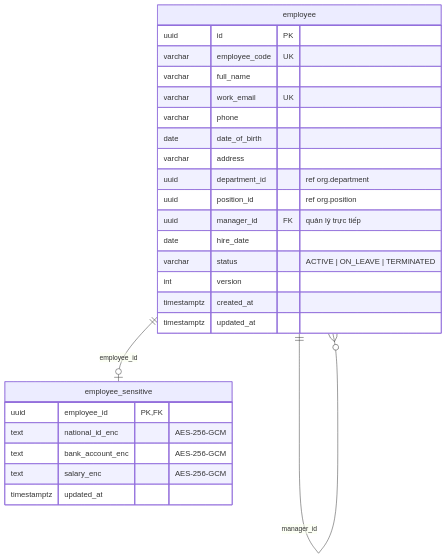
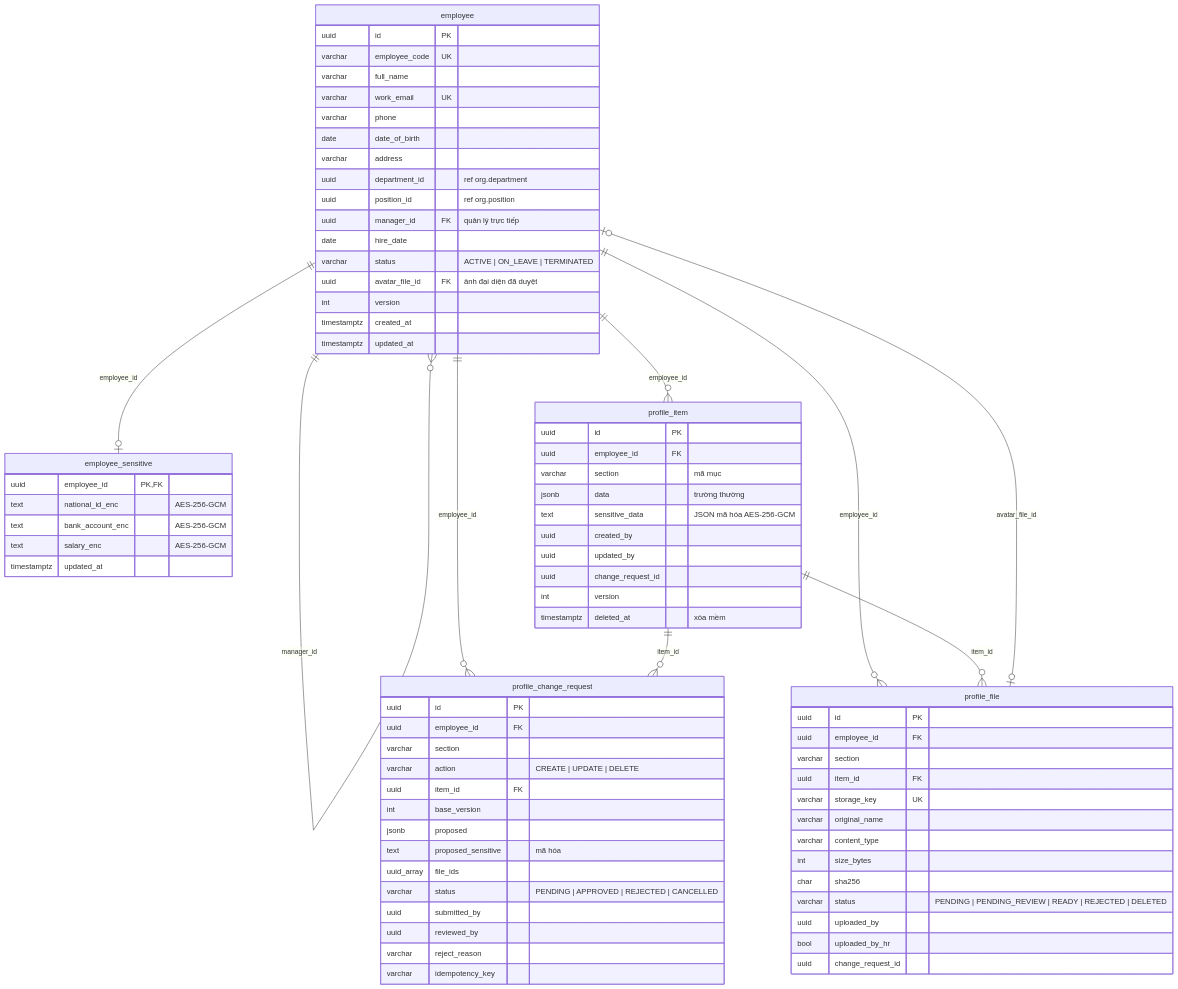
Before and after one commit to Acerchicken/HR-Enterprise-Platform: the fourth of 7 diagrams in docs/architecture/database-schema.md, drawn with Mermaid. The commit also changed other lines of this file and 4 other files, not shown here.

First line of the commit message:
docs(architecture): cập nhật SAD, database schema, hợp đồng event, ma trận phân quyền theo UC1 đã merge

````diff
--- a/docs/architecture/database-schema.md
+++ b/docs/architecture/database-schema.md
@@ -177,29 +197,79 @@
 ```mermaid
 erDiagram
   employee ||--o{ employee : "manager_id"
   employee ||--o| employee_sensitive : "employee_id"
+  employee ||--o{ profile_item : "employee_id"
+  employee ||--o{ profile_change_request : "employee_id"
+  employee ||--o{ profile_file : "employee_id"
+  profile_item ||--o{ profile_change_request : "item_id"
+  profile_item ||--o{ profile_file : "item_id"
+  profile_file |o--o| employee : "avatar_file_id"
   employee {
     uuid id PK
     varchar employee_code UK
     varchar full_name
     varchar work_email UK
     varchar phone
     date date_of_birth
     varchar address
     uuid department_id "ref org.department"
     uuid position_id "ref org.position"
     uuid manager_id FK "quản lý trực tiếp"
     date hire_date
     varchar status "ACTIVE | ON_LEAVE | TERMINATED"
+    uuid avatar_file_id FK "ảnh đại diện đã duyệt"
     int version
     timestamptz created_at
     timestamptz updated_at
   }
   employee_sensitive {
     uuid employee_id PK,FK
     text national_id_enc "AES-256-GCM"
     text bank_account_enc "AES-256-GCM"
     text salary_enc "AES-256-GCM"
     timestamptz updated_at
   }
+  profile_item {
+    uuid id PK
+    uuid employee_id FK
+    varchar section "mã mục"
+    jsonb data "trường thường"
+    text sensitive_data "JSON mã hóa AES-256-GCM"
+    uuid created_by
+    uuid updated_by
+    uuid change_request_id
+    int version
+    timestamptz deleted_at "xóa mềm"
+  }
+  profile_change_request {
+    uuid id PK
+    uuid employee_id FK
+    varchar section
+    varchar action "CREATE | UPDATE | DELETE"
+    uuid item_id FK
+    int base_version
+    jsonb proposed
+    text proposed_sensitive "mã hóa"
+    uuid_array file_ids
+    varchar status "PENDING | APPROVED | REJECTED | CANCELLED"
+    uuid submitted_by
+    uuid reviewed_by
+    varchar reject_reason
+    varchar idempotency_key
+  }
+  profile_file {
+    uuid id PK
+    uuid employee_id FK
+    varchar section
+    uuid item_id FK
+    varchar storage_key UK
+    varchar original_name
+    varchar content_type
+    int size_bytes
+    char sha256
+    varchar status "PENDING | PENDING_REVIEW | READY | REJECTED | DELETED"
+    uuid uploaded_by
+    bool uploaded_by_hr
+    uuid change_request_id
+  }
 ```
````
